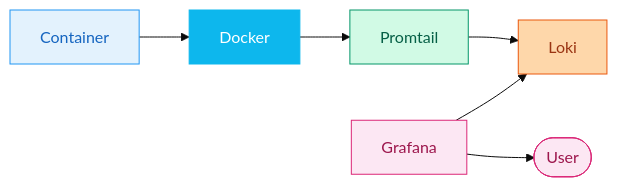
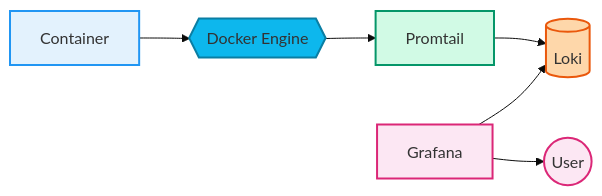
The second of 3 diagrams in docs-site/src/content/docs/guides/monitoring.mdx (Mykyta-Home-Server/homeserver), drawn with Mermaid (base theme) before and after one commit. The commit also changed other lines of this file and 2 other files, not shown here.

First line of the commit message:
Refine Mermaid diagrams: compact layouts and remove labels

````diff
--- a/docs-site/src/content/docs/guides/monitoring.mdx
+++ b/docs-site/src/content/docs/guides/monitoring.mdx
@@ -72,27 +76,27 @@
 ```mermaid
 flowchart LR
-    Container[Container]
-    Docker[Docker]
-    Promtail[Promtail]
-    Loki[Loki]
-    Grafana[Grafana]
-    User([User])
+    Container@{ shape: rect, label: "Container" }
+    Docker@{ shape: hex, label: "Docker Engine" }
+    Promtail@{ shape: rect, label: "Promtail" }
+    Loki@{ shape: cyl, label: "Loki" }
+    Grafana@{ shape: rect, label: "Grafana" }
+    User@{ shape: circle, label: "User" }
 
     Container --> Docker
     Docker --> Promtail
     Promtail --> Loki
     Grafana --> Loki
     Grafana --> User
 
-    classDef container fill:#e3f2fd,stroke:#2196f3,color:#1565c0
-    classDef docker fill:#0db7ed,stroke:#0db7ed,color:#fff
-    classDef promtail fill:#d1fae5,stroke:#059669,color:#065f46
-    classDef loki fill:#fed7aa,stroke:#ea580c,color:#9a3412
-    classDef grafana fill:#fce7f3,stroke:#db2777,color:#9d174d
+    classDef container fill:#e3f2fd,stroke:#2196f3,stroke-width:2px
+    classDef docker fill:#0db7ed,stroke:#0a7ea3,stroke-width:2px
+    classDef promtail fill:#d1fae5,stroke:#059669,stroke-width:2px
+    classDef loki fill:#fed7aa,stroke:#ea580c,stroke-width:2px
+    classDef grafana fill:#fce7f3,stroke:#db2777,stroke-width:2px
 
     class Container container
     class Docker docker
     class Promtail promtail
     class Loki loki
     class Grafana,User grafana
 ```
````
